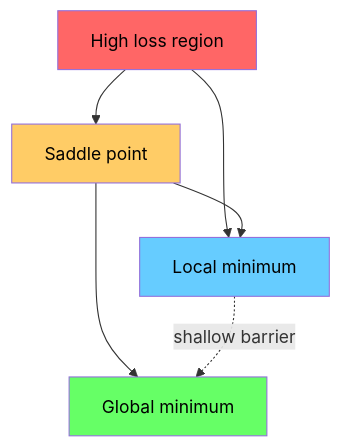
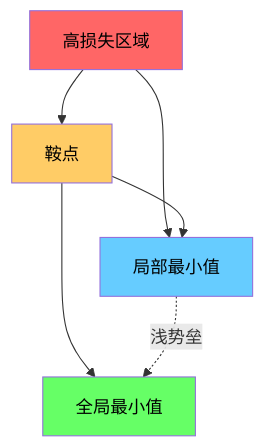
The fifth of 5 diagrams in phases/01-math-foundations/08-optimization/docs/zh.md (alessandrodinisio-ai/ai-engineering-learning-framework), drawn with Mermaid before and after one commit. The commit also changed other lines of this file and 120 other files, not shown here.

First line of the commit message:
i18n(mermaid): 337 个 mermaid 图表标签中文化

````diff
--- a/phases/01-math-foundations/08-optimization/docs/zh.md
+++ b/phases/01-math-foundations/08-optimization/docs/zh.md
@@ -183,12 +183,12 @@
 ```mermaid
 graph TD
-    HL["High loss region"] --> SP["Saddle point"]
-    HL --> LM["Local minimum"]
+    HL["高损失区域"] --> SP["鞍点"]
+    HL --> LM["局部最小值"]
     SP --> LM
-    SP --> GM["Global minimum"]
-    LM -.->|"shallow barrier"| GM
+    SP --> GM["全局最小值"]
+    LM -.->|"浅势垒"| GM
     style HL fill:#ff6666,color:#000
     style SP fill:#ffcc66,color:#000
     style LM fill:#66ccff,color:#000
     style GM fill:#66ff66,color:#000
 ```
````
